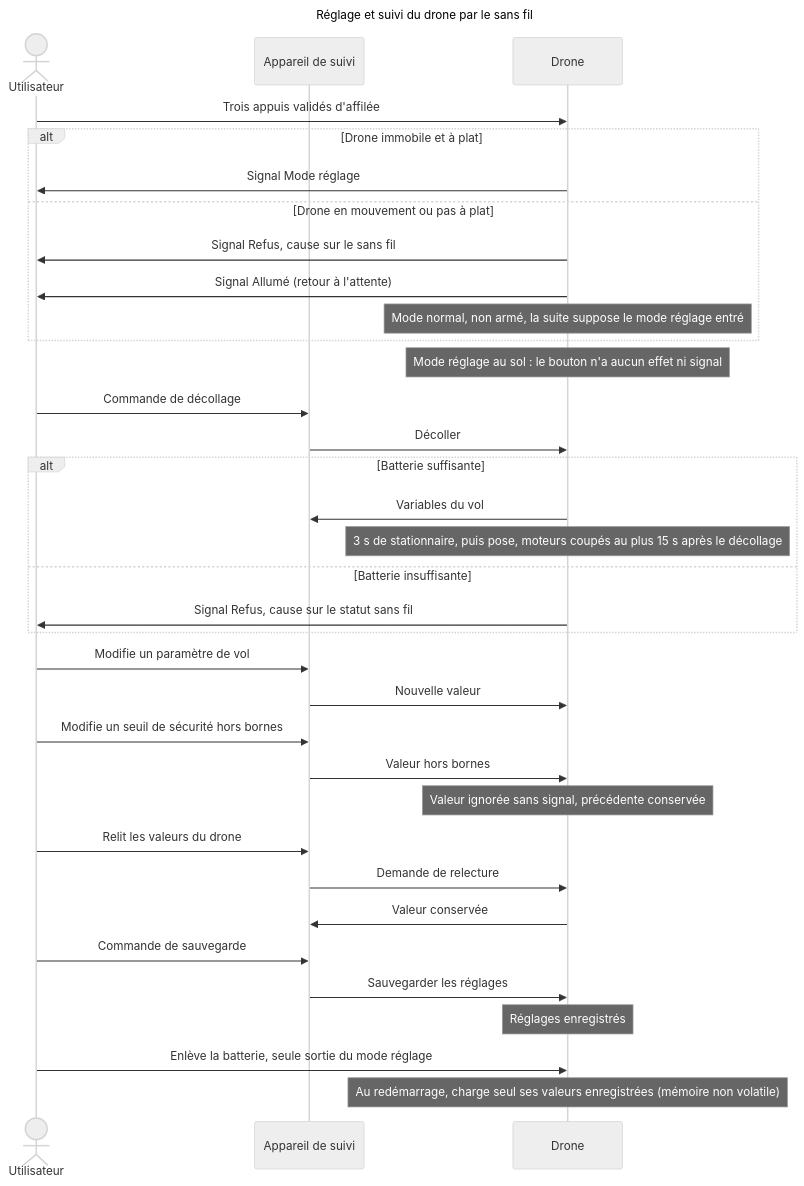
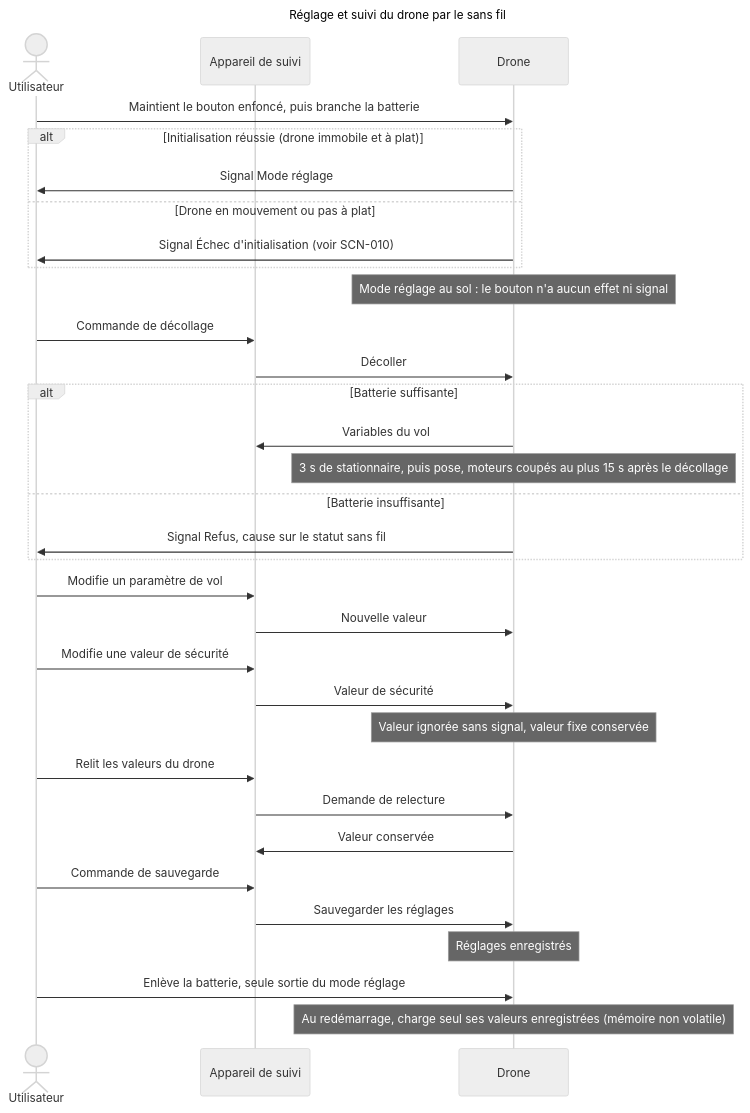
Diagram 13 of 16 in projets/boomrone/00-scenarios.md (thourymatthieu-png/coworker_archi_system), drawn with Mermaid (neutral theme) before and after one commit. The commit also changed other lines of this file and 11 other files, not shown here.

````diff
--- a/projets/boomrone/00-scenarios.md
+++ b/projets/boomrone/00-scenarios.md
@@ -842,39 +841,37 @@
 ```mermaid
 ---
 title: "Réglage et suivi du drone par le sans fil"
 ---
 sequenceDiagram
     actor U as Utilisateur
     participant A as Appareil de suivi
     participant D as Drone
-    U->>D: Trois appuis validés d'affilée
-    alt Drone immobile et à plat
+    U->>D: Maintient le bouton enfoncé, puis branche la batterie
+    alt Initialisation réussie (drone immobile et à plat)
         D->>U: Signal Mode réglage
     else Drone en mouvement ou pas à plat
-        D->>U: Signal Refus, cause sur le sans fil
-        D->>U: Signal Allumé (retour à l'attente)
-        Note over D: Mode normal, non armé, la suite suppose le mode réglage entré
+        D->>U: Signal Échec d'initialisation (voir SCN-010)
     end
     Note over D: Mode réglage au sol : le bouton n'a aucun effet ni signal
     U->>A: Commande de décollage
     A->>D: Décoller
     alt Batterie suffisante
         D->>A: Variables du vol
         Note over D: 3 s de stationnaire, puis pose, moteurs coupés au plus 15 s après le décollage
     else Batterie insuffisante
         D->>U: Signal Refus, cause sur le statut sans fil
     end
     U->>A: Modifie un paramètre de vol
     A->>D: Nouvelle valeur
-    U->>A: Modifie un seuil de sécurité hors bornes
-    A->>D: Valeur hors bornes
-    Note over D: Valeur ignorée sans signal, précédente conservée
+    U->>A: Modifie une valeur de sécurité
+    A->>D: Valeur de sécurité
+    Note over D: Valeur ignorée sans signal, valeur fixe conservée
     U->>A: Relit les valeurs du drone
     A->>D: Demande de relecture
     D->>A: Valeur conservée
     U->>A: Commande de sauvegarde
     A->>D: Sauvegarder les réglages
     Note over D: Réglages enregistrés
     U->>D: Enlève la batterie, seule sortie du mode réglage
     Note over D: Au redémarrage, charge seul ses valeurs enregistrées (mémoire non volatile)
 ```
````
